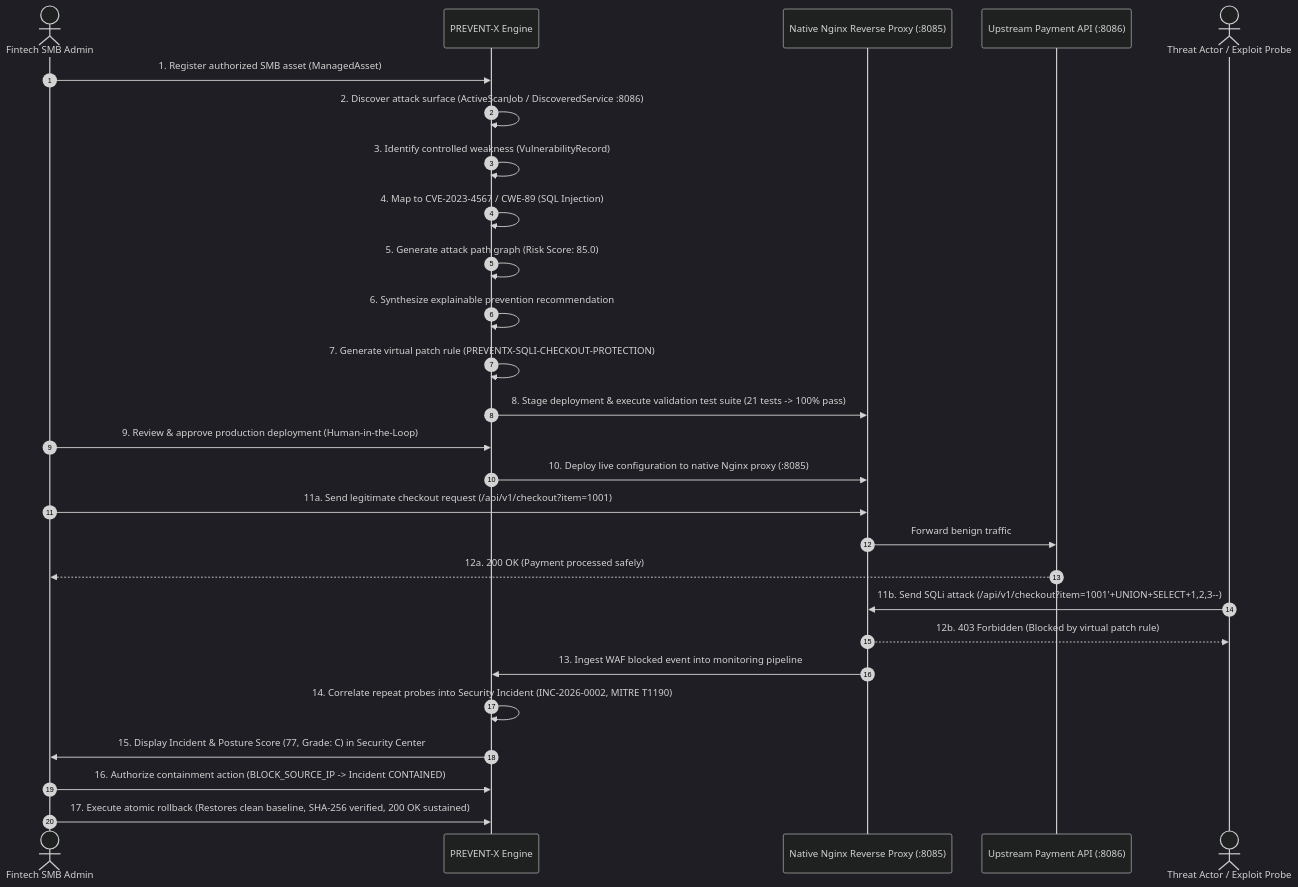
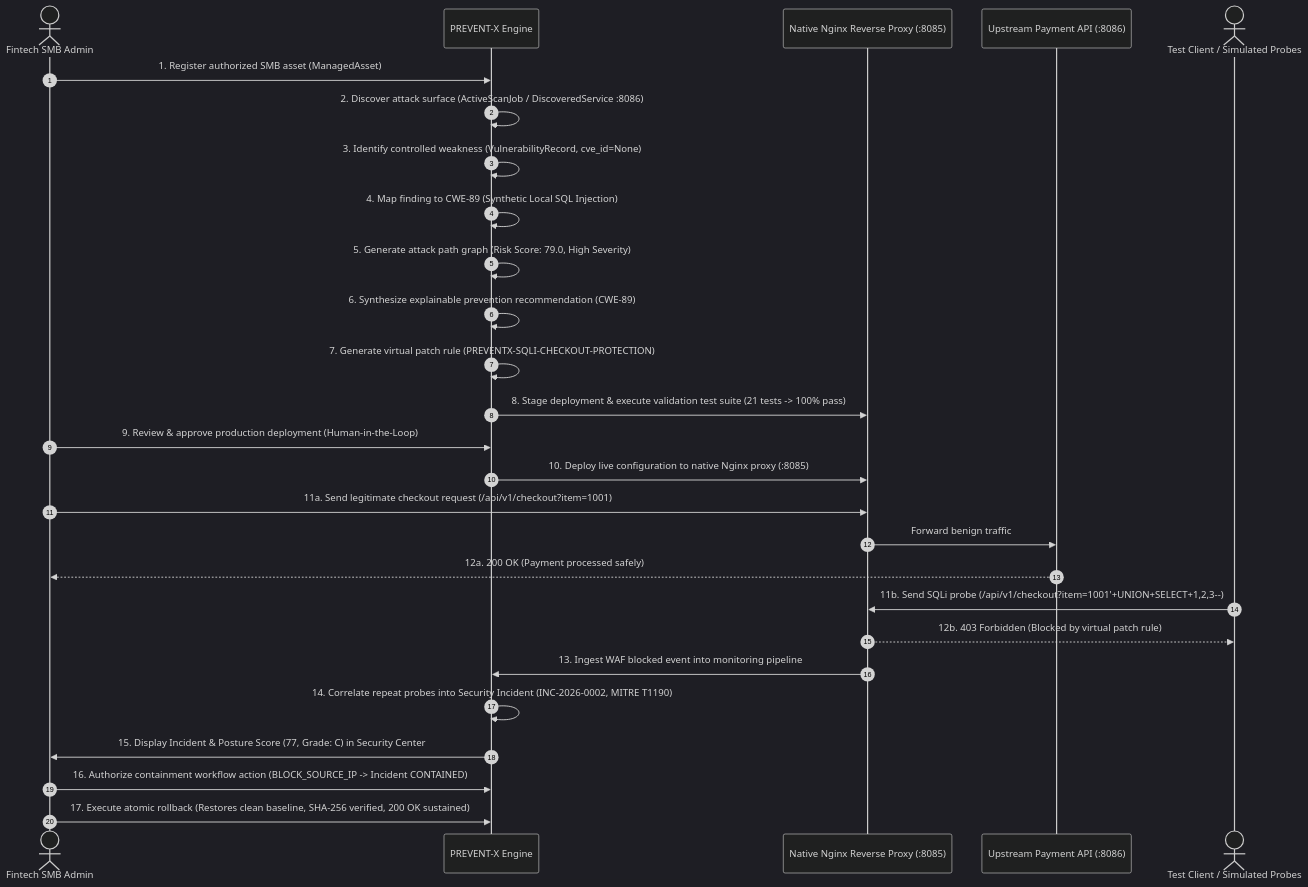
One commit to yogeshscore442/Prevent-X changed the second of 3 diagrams in docs/PREVENT_X_FINAL_PROJECT_REPORT.md. Above: the diagram before and after it, drawn with Mermaid (dark theme). The commit also changed other lines of this file and 5 other files, not shown here.

````diff
--- a/docs/PREVENT_X_FINAL_PROJECT_REPORT.md
+++ b/docs/PREVENT_X_FINAL_PROJECT_REPORT.md
@@ -122,30 +126,30 @@
 ```mermaid
 sequenceDiagram
     autonumber
     actor Admin as Fintech SMB Admin
     participant Platform as PREVENT-X Engine
     participant Proxy as Native Nginx Reverse Proxy (:8085)
     participant Upstream as Upstream Payment API (:8086)
-    actor Attacker as Threat Actor / Exploit Probe
+    actor Attacker as Test Client / Simulated Probes
 
     Admin->>Platform: 1. Register authorized SMB asset (ManagedAsset)
     Platform->>Platform: 2. Discover attack surface (ActiveScanJob / DiscoveredService :8086)
-    Platform->>Platform: 3. Identify controlled weakness (VulnerabilityRecord)
-    Platform->>Platform: 4. Map to CVE-2023-4567 / CWE-89 (SQL Injection)
-    Platform->>Platform: 5. Generate attack path graph (Risk Score: 85.0)
-    Platform->>Platform: 6. Synthesize explainable prevention recommendation
+    Platform->>Platform: 3. Identify controlled weakness (VulnerabilityRecord, cve_id=None)
+    Platform->>Platform: 4. Map finding to CWE-89 (Synthetic Local SQL Injection)
+    Platform->>Platform: 5. Generate attack path graph (Risk Score: 79.0, High Severity)
+    Platform->>Platform: 6. Synthesize explainable prevention recommendation (CWE-89)
     Platform->>Platform: 7. Generate virtual patch rule (PREVENTX-SQLI-CHECKOUT-PROTECTION)
     Platform->>Proxy: 8. Stage deployment & execute validation test suite (21 tests -> 100% pass)
     Admin->>Platform: 9. Review & approve production deployment (Human-in-the-Loop)
     Platform->>Proxy: 10. Deploy live configuration to native Nginx proxy (:8085)
     Admin->>Proxy: 11a. Send legitimate checkout request (/api/v1/checkout?item=1001)
     Proxy->>Upstream: Forward benign traffic
     Upstream-->>Admin: 12a. 200 OK (Payment processed safely)
-    Attacker->>Proxy: 11b. Send SQLi attack (/api/v1/checkout?item=1001'+UNION+SELECT+1,2,3--)
+    Attacker->>Proxy: 11b. Send SQLi probe (/api/v1/checkout?item=1001'+UNION+SELECT+1,2,3--)
     Proxy-->>Attacker: 12b. 403 Forbidden (Blocked by virtual patch rule)
     Proxy->>Platform: 13. Ingest WAF blocked event into monitoring pipeline
     Platform->>Platform: 14. Correlate repeat probes into Security Incident (INC-2026-0002, MITRE T1190)
     Platform->>Admin: 15. Display Incident & Posture Score (77, Grade: C) in Security Center
-    Admin->>Platform: 16. Authorize containment action (BLOCK_SOURCE_IP -> Incident CONTAINED)
+    Admin->>Platform: 16. Authorize containment workflow action (BLOCK_SOURCE_IP -> Incident CONTAINED)
     Admin->>Platform: 17. Execute atomic rollback (Restores clean baseline, SHA-256 verified, 200 OK sustained)
 ```
````
